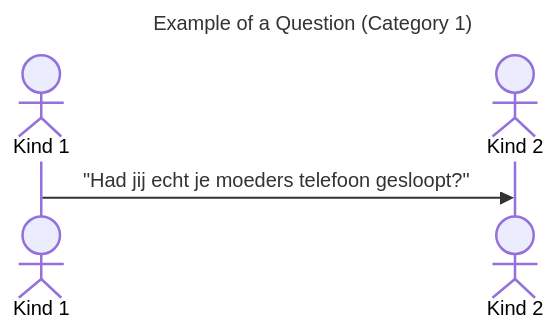
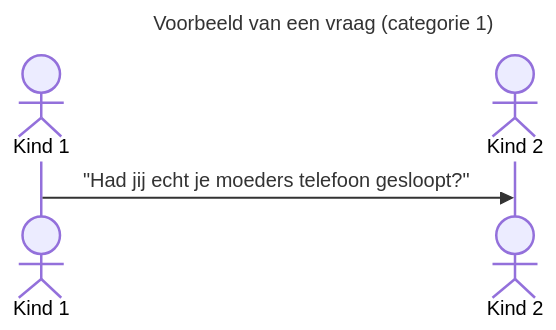
Before and after one commit to Dionysi/AnnotationTool-Release: the first of 10 diagrams in Annotation-rules-refactor.md, drawn with Mermaid. The commit also changed other lines of this file, not shown here.

````diff
--- a/Annotation-rules-refactor.md
+++ b/Annotation-rules-refactor.md
@@ -32,7 +32,7 @@
     ```mermaid
     sequenceDiagram
-        title Example of a Question (Category 1)
+        title Voorbeeld van een vraag (categorie 1)
         actor Kind 1
         actor Kind 2
         Kind 1->>Kind 2: "Had jij echt je moeders telefoon gesloopt?"
     ```
````
